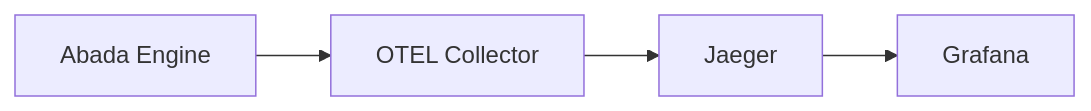
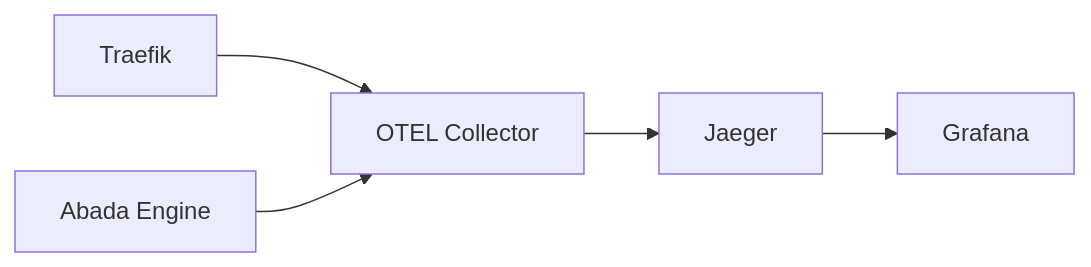
Before and after one commit to bashizip/abada-engine: the fifth of 5 diagrams in docs/architecture-and-deployment-guide.md, drawn with Mermaid. The commit also changed other lines of this file, not shown here.

First line of the commit message:
docs: Update architecture guide with enhanced observability configuration

````diff
--- a/docs/architecture-and-deployment-guide.md
+++ b/docs/architecture-and-deployment-guide.md
@@ -401,6 +420,7 @@
 ```mermaid
 graph LR
+    T[Traefik] --> OC[OTEL Collector]
     AE[Abada Engine] --> OC[OTEL Collector]
     OC --> J[Jaeger]
     J --> G[Grafana]
 ```
````
